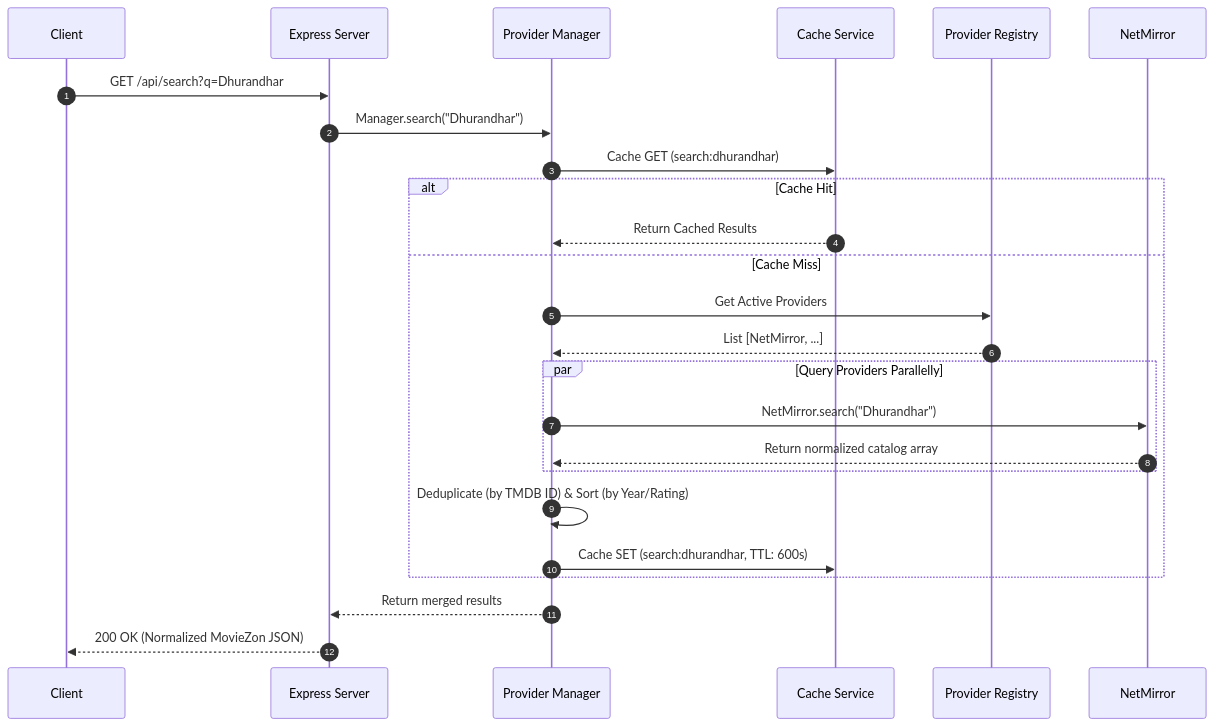
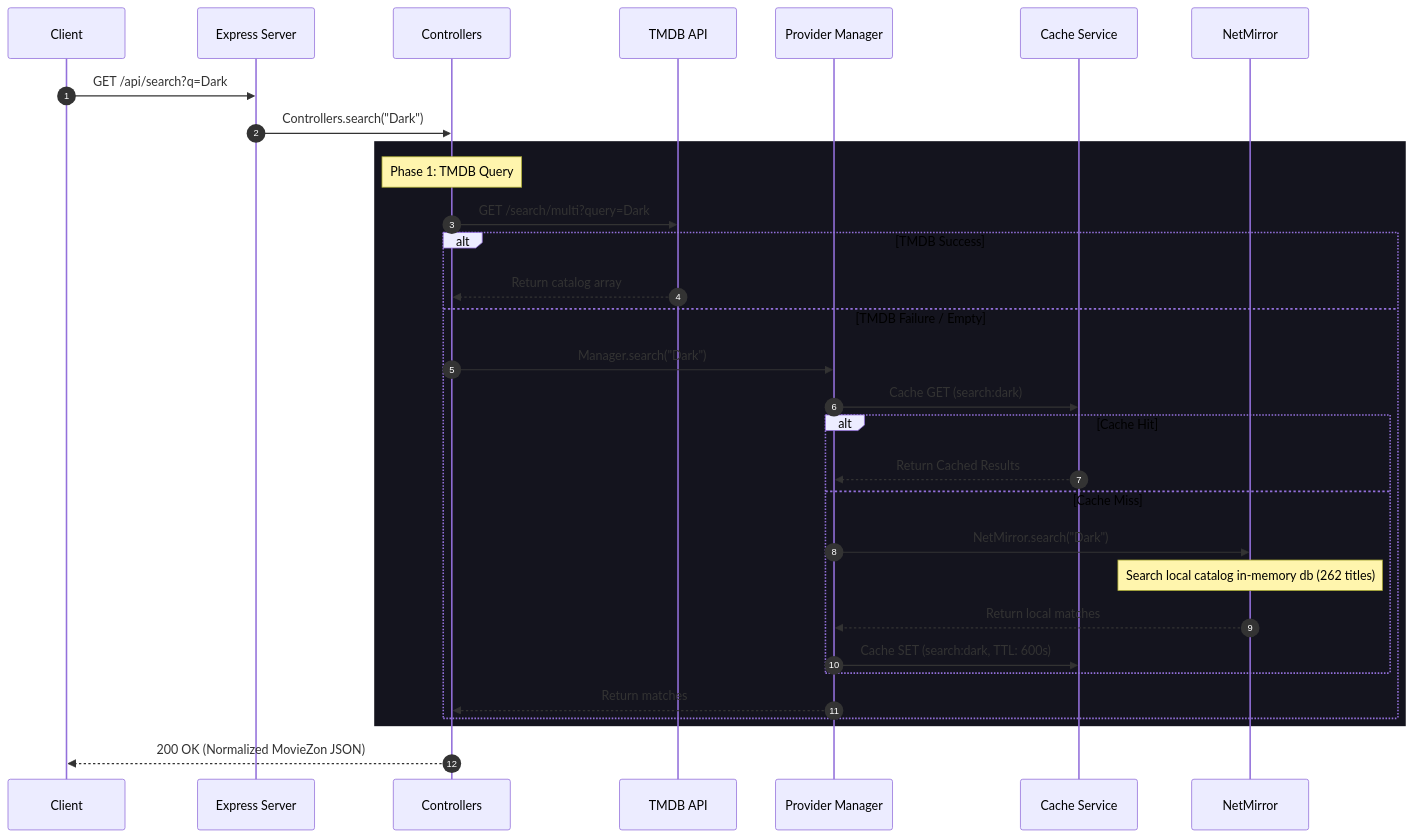
The second of 4 diagrams in api_flow_documentation.md (Kalaitechtubee/MovieZon-api), drawn with Mermaid before and after one commit. The commit also changed other lines of this file and 2 other files, not shown here.

Commit message:
Fix production player fallback: dynamic stream proxy hosts and netmirror httpClient proxying

````diff
--- a/api_flow_documentation.md
+++ b/api_flow_documentation.md
@@ -38,21 +43,28 @@
 ```mermaid
 sequenceDiagram
     autonumber
-    Client->>Express Server: GET /api/search?q=Dhurandhar
-    Express Server->>Provider Manager: Manager.search("Dhurandhar")
-    Provider Manager->>Cache Service: Cache GET (search:dhurandhar)
-    alt Cache Hit
-        Cache Service-->>Provider Manager: Return Cached Results
-    else Cache Miss
-        Provider Manager->>Provider Registry: Get Active Providers
-        Provider Registry-->>Provider Manager: List [NetMirror, ...]
-        par Query Providers Parallelly
-            Provider Manager->>NetMirror: NetMirror.search("Dhurandhar")
-            NetMirror-->>Provider Manager: Return normalized catalog array
+    Client->>Express Server: GET /api/search?q=Dark
+    Express Server->>Controllers: Controllers.search("Dark")
+    
+    rect rgb(20, 20, 30)
+        Note over Controllers: Phase 1: TMDB Query
+        Controllers->>TMDB API: GET /search/multi?query=Dark
+        alt TMDB Success
+            TMDB API-->>Controllers: Return catalog array
+        else TMDB Failure / Empty
+            Controllers->>Provider Manager: Manager.search("Dark")
+            Provider Manager->>Cache Service: Cache GET (search:dark)
+            alt Cache Hit
+                Cache Service-->>Provider Manager: Return Cached Results
+            else Cache Miss
+                Provider Manager->>NetMirror: NetMirror.search("Dark")
+                Note over NetMirror: Search local catalog in-memory db (262 titles)
+                NetMirror-->>Provider Manager: Return local matches
+                Provider Manager->>Cache Service: Cache SET (search:dark, TTL: 600s)
+            end
+            Provider Manager-->>Controllers: Return matches
         end
-        Provider Manager->>Provider Manager: Deduplicate (by TMDB ID) & Sort (by Year/Rating)
-        Provider Manager->>Cache Service: Cache SET (search:dhurandhar, TTL: 600s)
     end
-    Provider Manager-->>Express Server: Return merged results
-    Express Server-->>Client: 200 OK (Normalized MovieZon JSON)
+    
+    Controllers-->>Client: 200 OK (Normalized MovieZon JSON)
 ```
````
